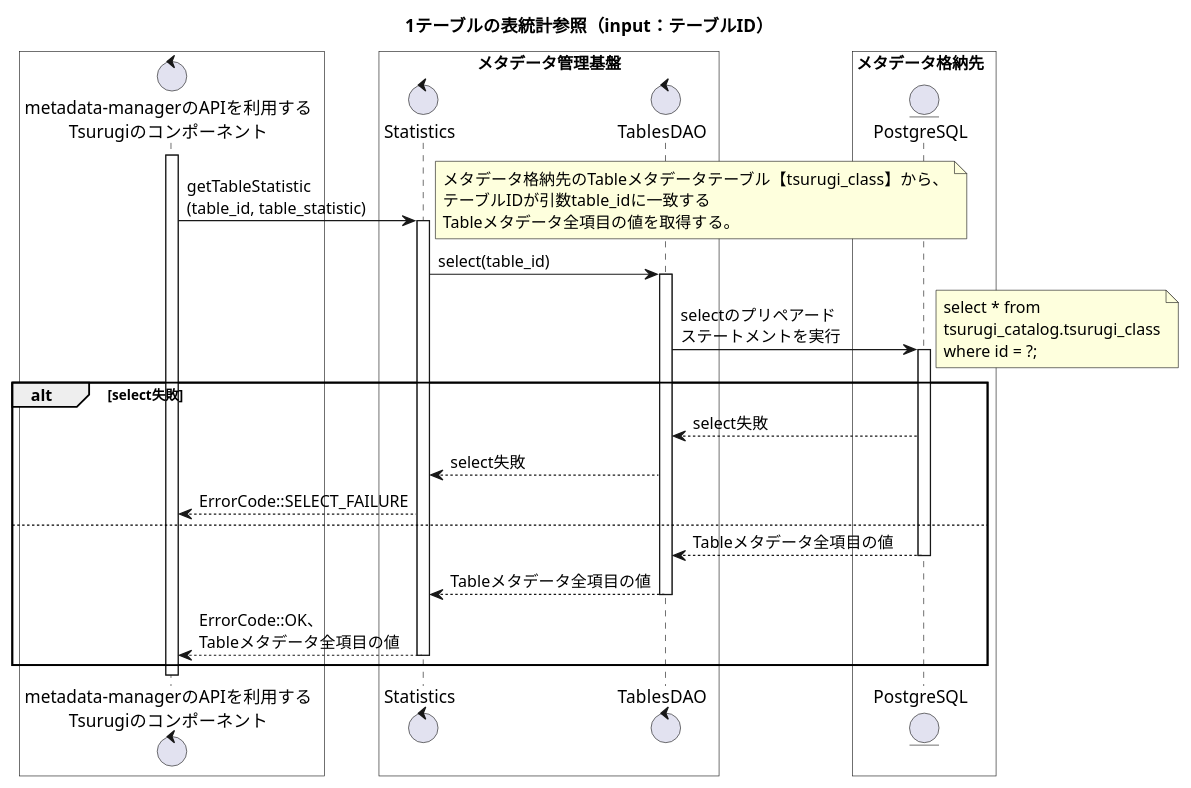
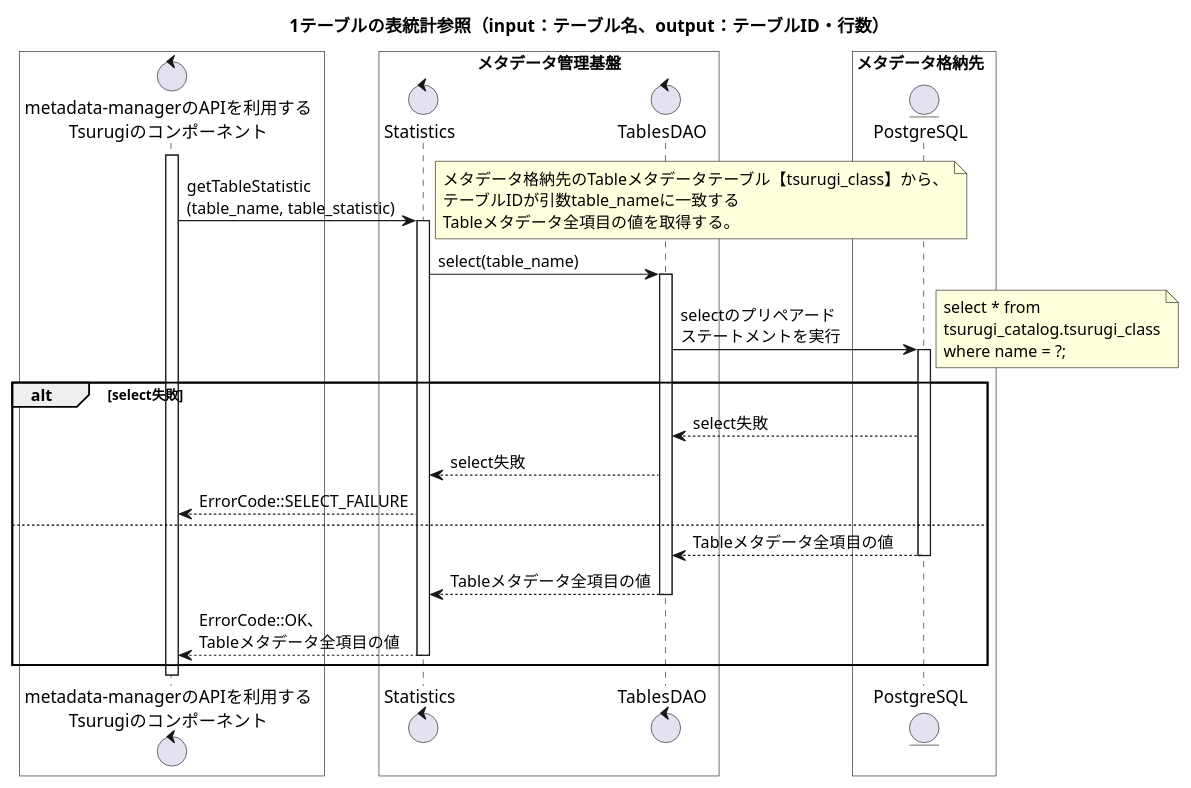
The eighth of 10 diagrams in metadata-manager/docs/statistic/02.FD/uml/SequenceDiagram_detail.pu (project-tsurugi/metadata-manager), drawn with PlantUML before and after one commit. The commit also changed other lines of this file and 9 other files, not shown here.

Commit message:
Fix input of API about table statistics

```diff
--- a/metadata-manager/docs/statistic/02.FD/uml/SequenceDiagram_detail.pu
+++ b/metadata-manager/docs/statistic/02.FD/uml/SequenceDiagram_detail.pu
@@ -420,44 +420,44 @@
 @startuml
-title 1テーブルの表統計参照（input：テーブルID）
+title 1テーブルの表統計参照（input：テーブル名、output：テーブルID・行数）
 
 box #White
 control "metadata-managerのAPIを利用する\nTsurugiのコンポーネント" as ogawayama
 end box
 box "メタデータ管理基盤" #White
 control "Statistics" as Statistics
 control "TablesDAO" as TablesDAO
 end box
 box メタデータ格納先  #White
 entity "PostgreSQL" as metadata_storage
 end box
 
 activate ogawayama
-ogawayama -> Statistics : getTableStatistic\n(table_id, table_statistic)
+ogawayama -> Statistics : getTableStatistic\n(table_name, table_statistic)
 activate Statistics
 note right
 メタデータ格納先のTableメタデータテーブル【tsurugi_class】から、
-テーブルIDが引数table_idに一致する
+テーブルIDが引数table_nameに一致する
 Tableメタデータ全項目の値を取得する。
 end note
-Statistics -> TablesDAO : select(table_id)
+Statistics -> TablesDAO : select(table_name)
 activate TablesDAO
 TablesDAO -> metadata_storage : selectのプリペアード\nステートメントを実行
 note right
 select * from 
 tsurugi_catalog.tsurugi_class
-where id = ?;
+where name = ?;
 end note
 activate metadata_storage
 alt select失敗
 TablesDAO <-- metadata_storage : select失敗
 Statistics <-- TablesDAO : select失敗
 ogawayama <-- Statistics : ErrorCode::SELECT_FAILURE
 else
 TablesDAO <-- metadata_storage : Tableメタデータ全項目の値
 deactivate metadata_storage
 Statistics <-- TablesDAO : Tableメタデータ全項目の値
 deactivate TablesDAO
 ogawayama <-- Statistics : ErrorCode::OK、\nTableメタデータ全項目の値
 deactivate Statistics
 end
 @enduml
```
